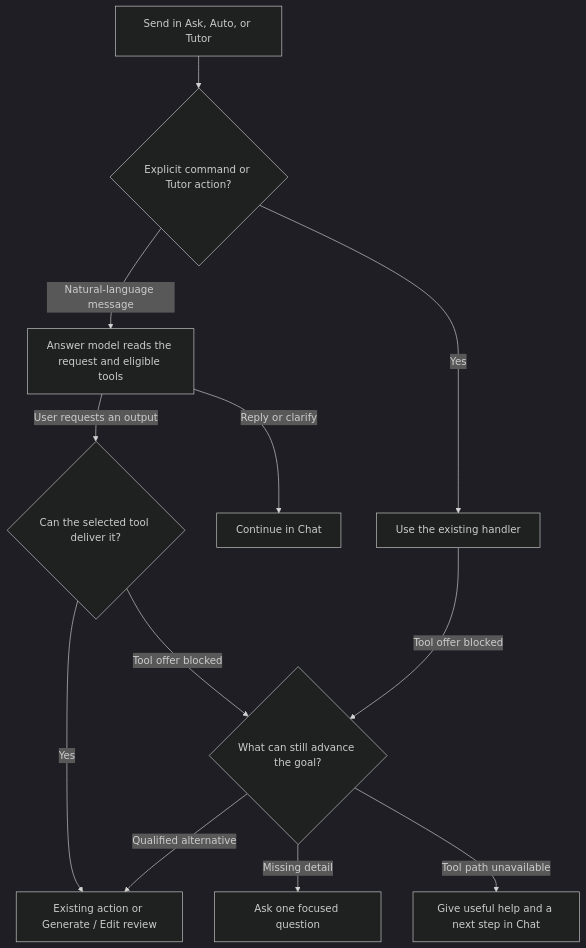
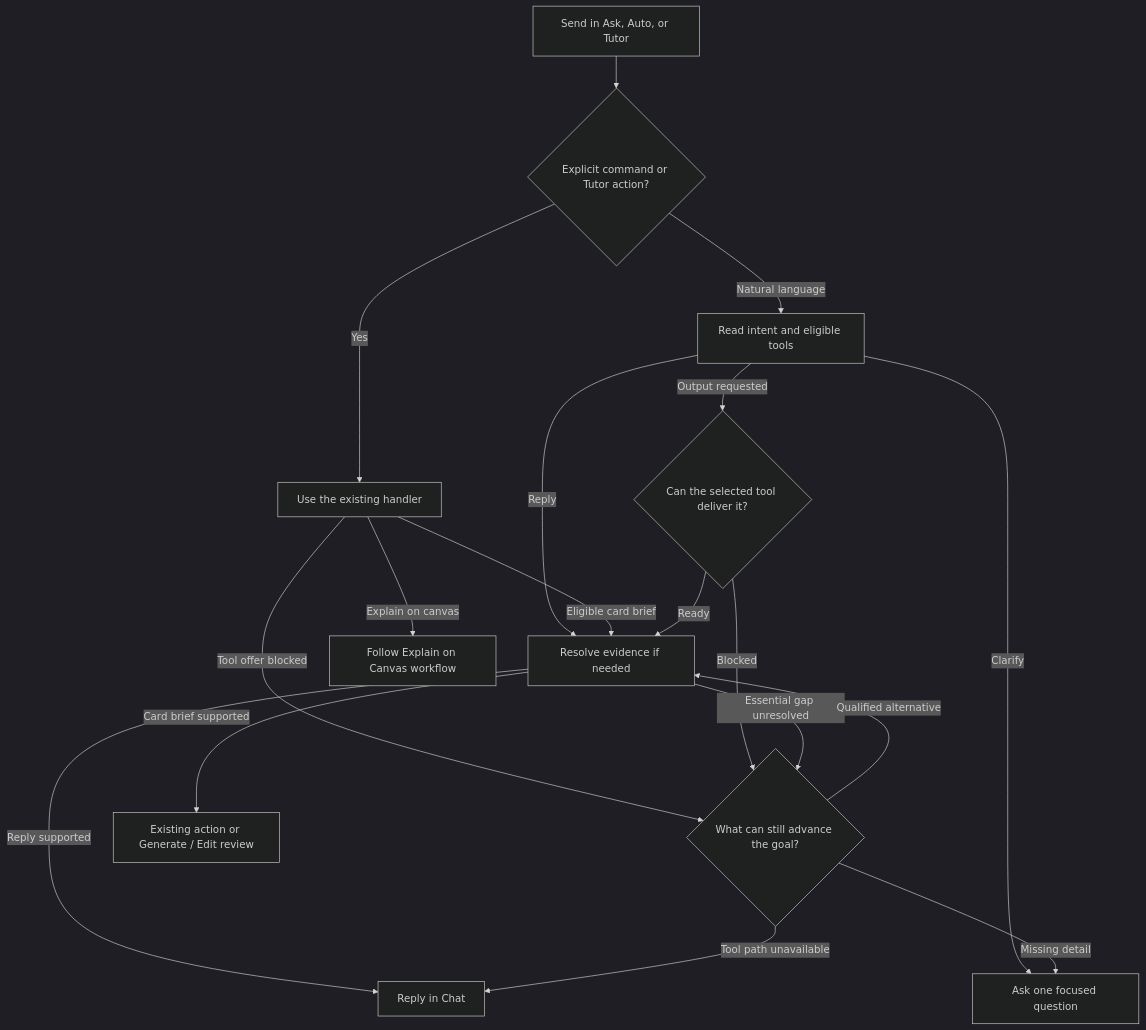
The diagram in docs/features/explain-on-canvas/handoff/ask-auto-tutor-workflow.md (Rabbit-Hole-App/Rabbit-Hole), drawn with Mermaid (dark theme) before and after one commit. The commit also changed other lines of this file, not shown here.

Commit message:
Stage R8a evidence flow in ask-auto-tutor-workflow.md

````diff
--- a/docs/features/explain-on-canvas/handoff/ask-auto-tutor-workflow.md
+++ b/docs/features/explain-on-canvas/handoff/ask-auto-tutor-workflow.md
@@ -7,14 +7,20 @@
 ```mermaid
 flowchart TD
     Send["Send in Ask, Auto, or Tutor"] --> Entry{"Explicit command or Tutor action?"}
     Entry -->|"Yes"| Handler["Use the existing handler"]
-    Entry -->|"Natural-language message"| Model["Answer model reads the request and eligible tools"]
-    Model -->|"Reply or clarify"| Chat["Continue in Chat"]
-    Model -->|"User requests an output"| Check{"Can the selected tool deliver it?"}
-    Check -->|"Yes"| Review["Existing action or Generate / Edit review"]
-    Check -->|"Tool offer blocked"| Recover{"What can still advance the goal?"}
-    Handler -->|"Tool offer blocked"| Recover
-    Recover -->|"Qualified alternative"| Review
-    Recover -->|"Missing detail"| Clarify["Ask one focused question"]
-    Recover -->|"Tool path unavailable"| Help["Give useful help and a next step in Chat"]
+    Entry -->|"Natural language"| Intent["Read intent and eligible tools"]
+    Intent -->|"Reply"| Evidence["Resolve evidence if needed"]
+    Intent -->|"Clarify"| Clarify["Ask one focused question"]
+    Intent -->|"Output requested"| Fit{"Can the selected tool deliver it?"}
+    Handler -->|"Eligible card brief"| Evidence
+    Handler -->|"Explain on canvas"| Lesson["Follow Explain on Canvas workflow"]
+    Handler -->|"Tool offer blocked"| Recover{"What can still advance the goal?"}
+    Fit -->|"Ready"| Evidence
+    Fit -->|"Blocked"| Recover
+    Evidence -->|"Reply supported"| Chat["Reply in Chat"]
+    Evidence -->|"Card brief supported"| Review["Existing action or Generate / Edit review"]
+    Evidence -->|"Essential gap unresolved"| Recover
+    Recover -->|"Qualified alternative"| Evidence
+    Recover -->|"Missing detail"| Clarify
+    Recover -->|"Tool path unavailable"| Chat
 ```
````
